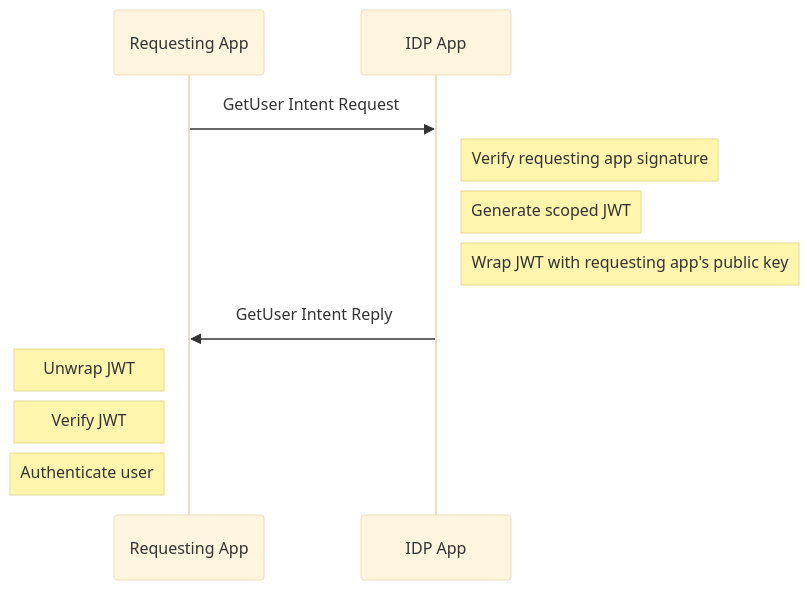
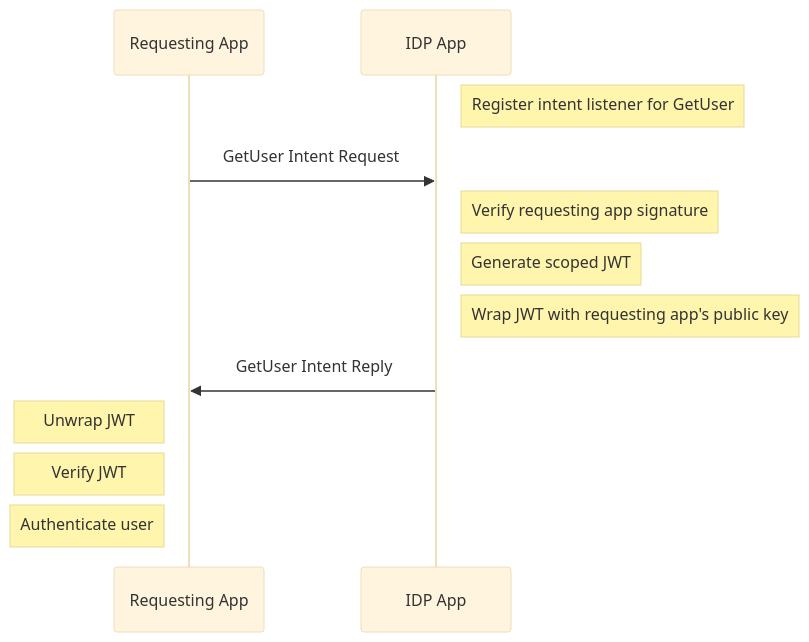
One commit to finos/FDC3 changed the third of 3 diagrams in website/docs/api/security.md. Above: the diagram before and after it, drawn with Mermaid (base theme). The commit also changed 1 other file, not shown here.

Commit message:
getuser intent listener register

````diff
--- a/website/docs/api/security.md
+++ b/website/docs/api/security.md
@@ -406,13 +406,14 @@
 ```mermaid
 sequenceDiagram
     participant Requesting App
     participant IDP App
+    note right of IDP App: Register intent listener for GetUser
     Requesting App->>IDP App: GetUser Intent Request
     note right of IDP App: Verify requesting app signature
     note right of IDP App: Generate scoped JWT
     note right of IDP App: Wrap JWT with requesting app's public key
     IDP App->>Requesting App: GetUser Intent Reply
     note left of Requesting App: Unwrap JWT
     note left of Requesting App: Verify JWT
     note left of Requesting App: Authenticate user
 ```
````
